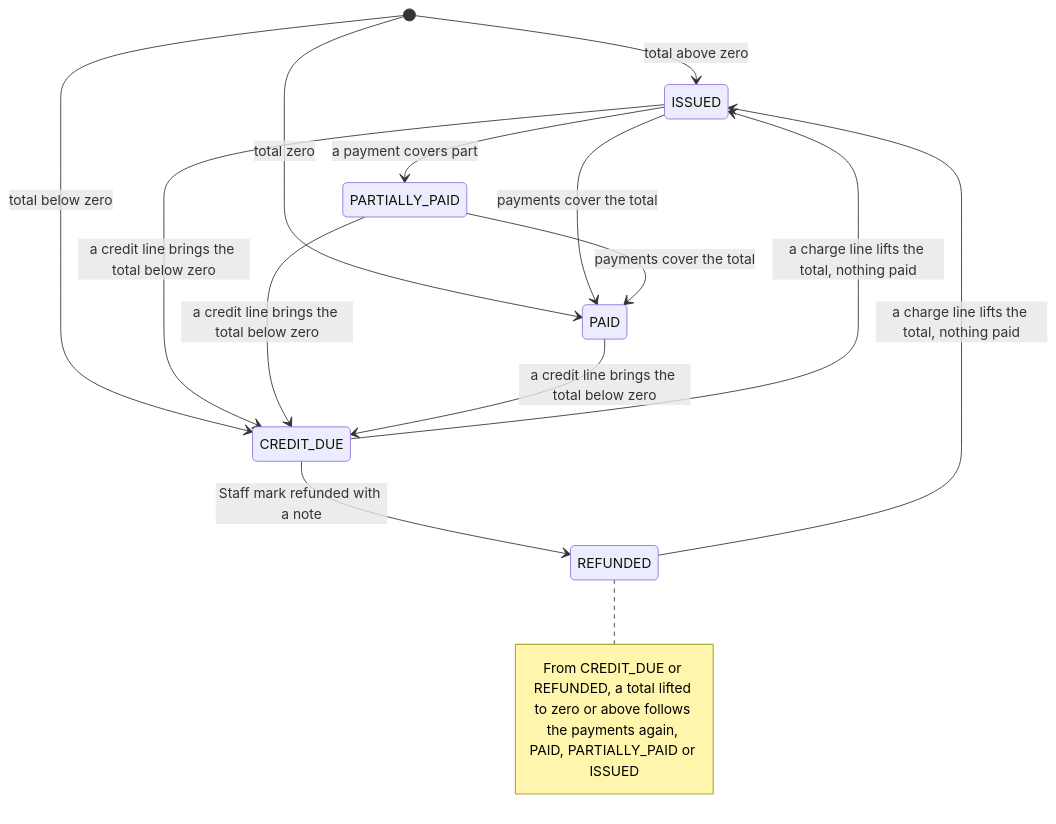
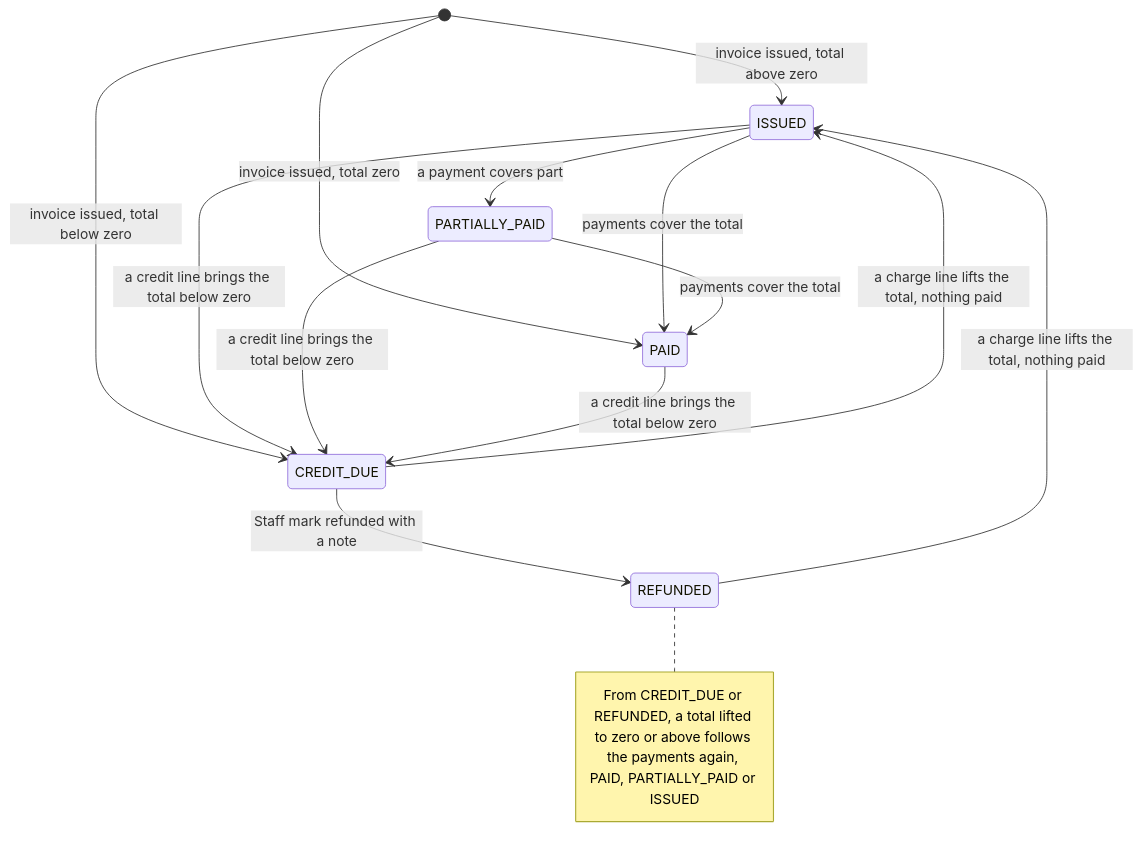
Diagram 18 of 18 in specs/billing/design.md (TrekLink-Team/treklink-web), drawn with Mermaid before and after one commit.

Commit message:
docs(billing): name the issuing trigger on the first transitions of Figure 18
Handbook section 2.4: every transition of a state machine names what causes it.

Checksum: e10164d0010f3f1197c36193356c78eda03bb964898dc8902f5ba7ded0820d5539

````diff
--- a/specs/billing/design.md
+++ b/specs/billing/design.md
@@ -994,16 +994,16 @@
 ```mermaid
 stateDiagram-v2
-    [*] --> ISSUED: total above zero
-    [*] --> PAID: total zero
-    [*] --> CREDIT_DUE: total below zero
+    [*] --> ISSUED: invoice issued, total above zero
+    [*] --> PAID: invoice issued, total zero
+    [*] --> CREDIT_DUE: invoice issued, total below zero
     ISSUED --> PARTIALLY_PAID: a payment covers part
     ISSUED --> PAID: payments cover the total
     PARTIALLY_PAID --> PAID: payments cover the total
     ISSUED --> CREDIT_DUE: a credit line brings the total below zero
     PARTIALLY_PAID --> CREDIT_DUE: a credit line brings the total below zero
     PAID --> CREDIT_DUE: a credit line brings the total below zero
     CREDIT_DUE --> REFUNDED: Staff mark refunded with a note
     CREDIT_DUE --> ISSUED: a charge line lifts the total, nothing paid
     REFUNDED --> ISSUED: a charge line lifts the total, nothing paid
     note right of REFUNDED: From CREDIT_DUE or REFUNDED, a total lifted to zero or above follows the payments again, PAID, PARTIALLY_PAID or ISSUED
 ```
````
